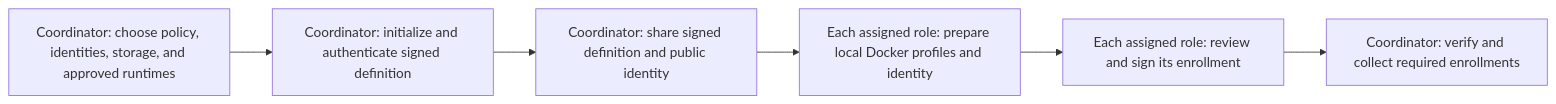
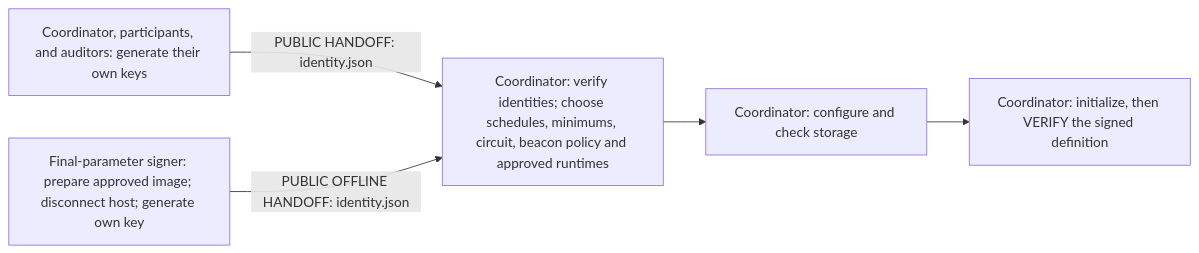
The first of 7 diagrams in docs/ceremony-flow.md (zksecurity/relay), drawn with Mermaid before and after one commit. The commit also changed other lines of this file and 1 other file, not shown here.

Commit message:
docs: make ceremony flow explicit

````diff
--- a/docs/ceremony-flow.md
+++ b/docs/ceremony-flow.md
@@ -14,10 +24,11 @@
 ```mermaid
 flowchart LR
-  C["Coordinator: choose policy, identities, storage, and approved runtimes"]
-  I["Coordinator: initialize and authenticate signed definition"]
-  R["Coordinator: share signed definition and public identity"]
-  O["Each assigned role: prepare local Docker profiles and identity"]
-  E["Each assigned role: review and sign its enrollment"]
-  V["Coordinator: verify and collect required enrollments"]
-  C --> I --> R --> O --> E --> V
+  K["Coordinator, participants, and auditors: generate their own keys"]
+  F["Final-parameter signer: prepare approved image; disconnect host; generate own key"]
+  C["Coordinator: verify identities; choose schedules, minimums, circuit, beacon policy and approved runtimes"]
+  S["Coordinator: configure and check storage"]
+  I["Coordinator: initialize, then VERIFY the signed definition"]
+  K -->|"PUBLIC HANDOFF: identity.json"| C
+  F -->|"PUBLIC OFFLINE HANDOFF: identity.json"| C
+  C --> S --> I
 ```
````
